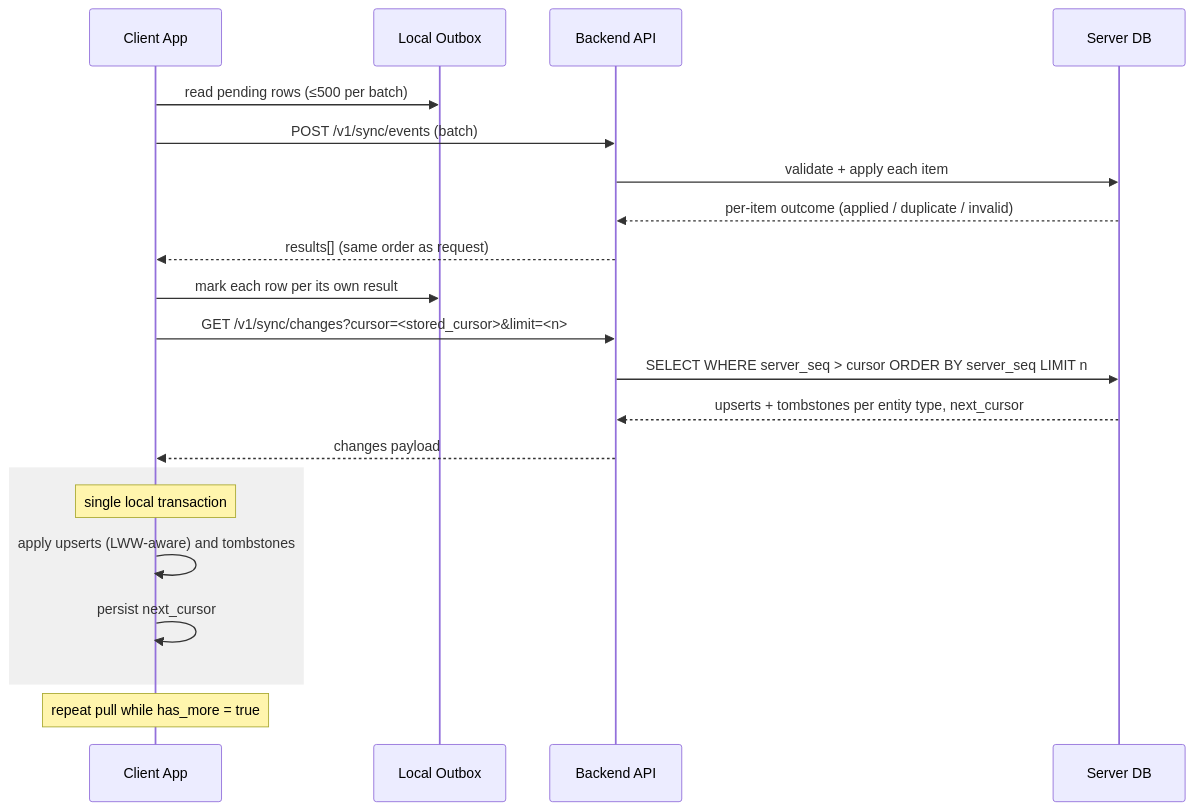
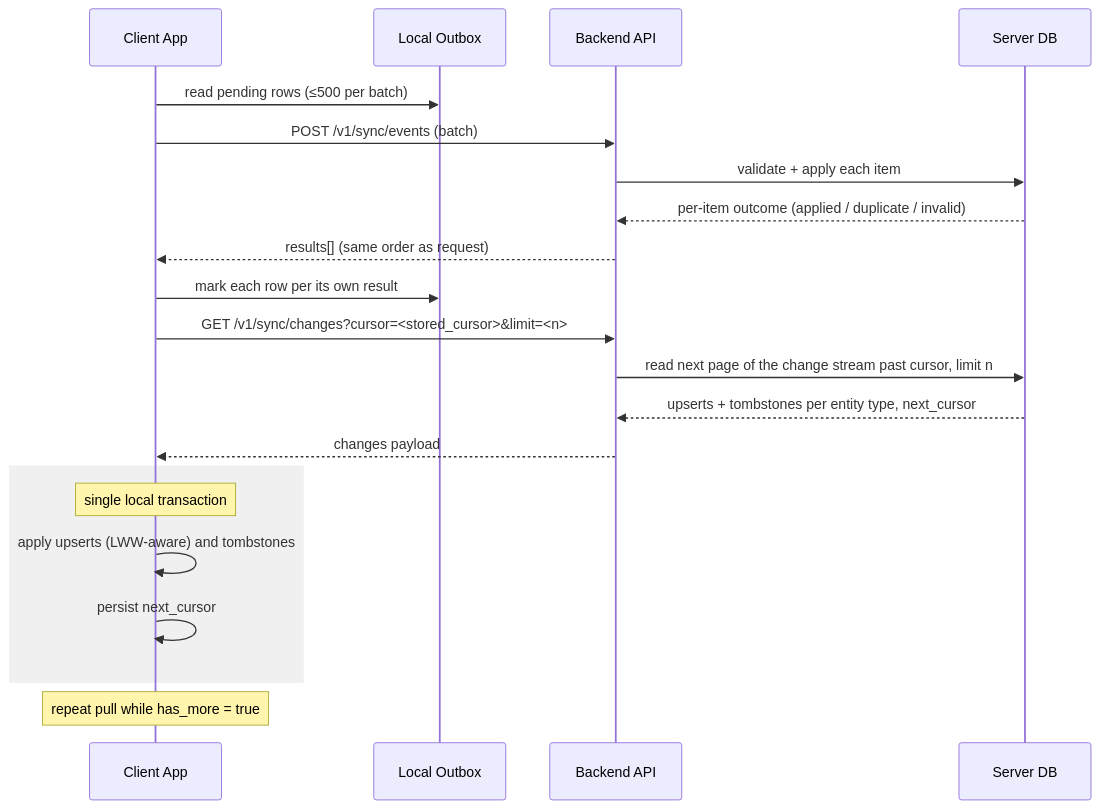
One commit to mirkru37/rize-clone changed the second of 2 diagrams in documentation/sync-protocol.md. Above: the diagram before and after it, drawn with Mermaid. The commit also changed other lines of this file and 1 other file, not shown here.

First line of the commit message:
[RIZ-68] docs: sync_changelog table + commit-ordered cursor wording (amendment) (#39)

````diff
--- a/documentation/sync-protocol.md
+++ b/documentation/sync-protocol.md
@@ -253,27 +255,27 @@
 ```mermaid
 sequenceDiagram
     participant App as Client App
     participant Outbox as Local Outbox
     participant API as Backend API
     participant DB as Server DB
 
     App->>Outbox: read pending rows (≤500 per batch)
     App->>API: POST /v1/sync/events (batch)
     API->>DB: validate + apply each item
     DB-->>API: per-item outcome (applied / duplicate / invalid)
     API-->>App: results[] (same order as request)
     App->>Outbox: mark each row per its own result
 
     App->>API: GET /v1/sync/changes?cursor=<stored_cursor>&limit=<n>
-    API->>DB: SELECT WHERE server_seq > cursor ORDER BY server_seq LIMIT n
+    API->>DB: read next page of the change stream past cursor, limit n
     DB-->>API: upserts + tombstones per entity type, next_cursor
     API-->>App: changes payload
 
     rect rgba(0,0,0,0.06)
         Note over App: single local transaction
         App->>App: apply upserts (LWW-aware) and tombstones
         App->>App: persist next_cursor
     end
 
     Note over App: repeat pull while has_more = true
 ```
````
